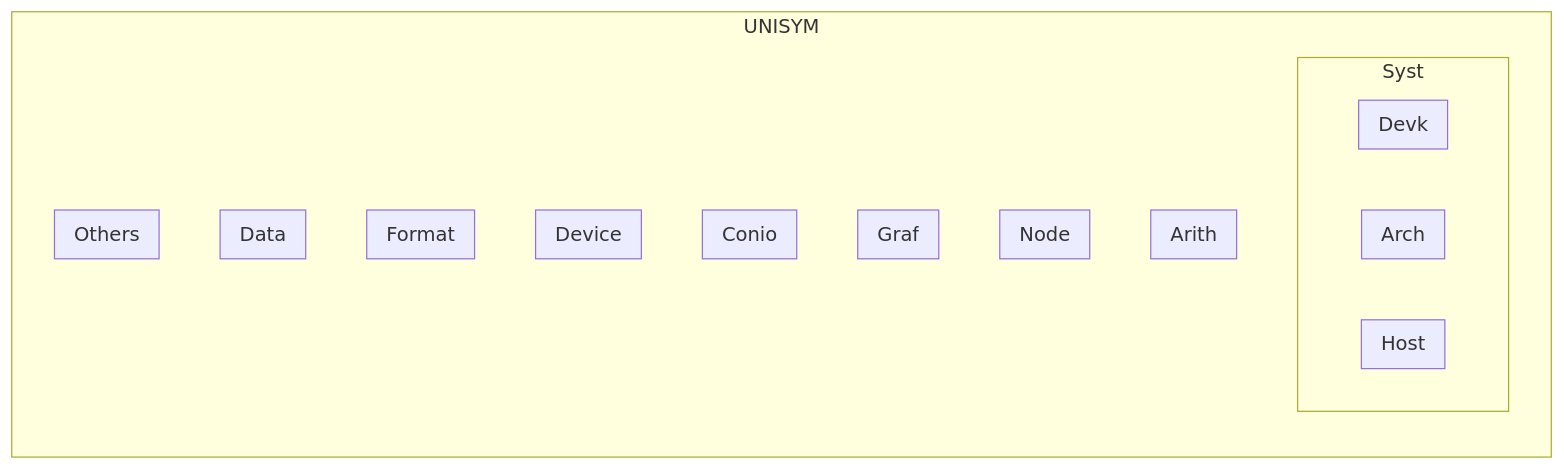
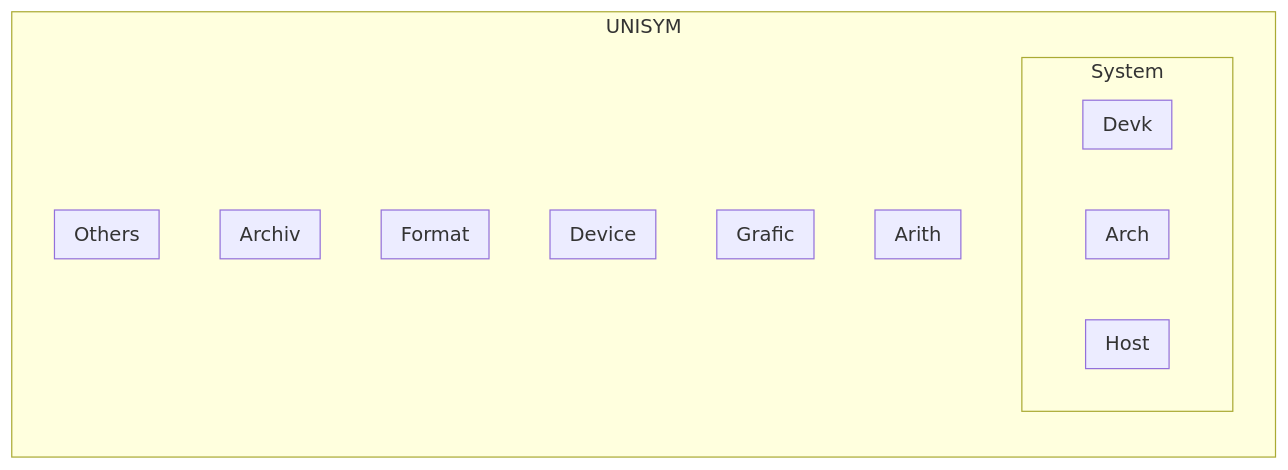
Before and after one commit to ArinaMgk/unisym: the diagram in doc/www.unisym.org/en/2-Modules.md, drawn with Mermaid. The commit also changed other lines of this file and 37 other files, not shown here.

````diff
--- a/doc/www.unisym.org/en/2-Modules.md
+++ b/doc/www.unisym.org/en/2-Modules.md
@@ -8,29 +8,25 @@
 ```mermaid
 graph LR
 subgraph UNISYM
-	subgraph Syst
+	subgraph System
 		subgraph Host
 		end
 		subgraph Arch
 		end
 		subgraph Devk
 		end
 	end
 	subgraph Arith
 	end
-	subgraph Node
-	end
-	subgraph Graf
-	end
-	subgraph Conio
+	subgraph Grafic
 	end
 	subgraph Device
 	end
 	subgraph Format
 	end
-	subgraph Data
+	subgraph Archiv
 	end
 	subgraph Others
 	end
 end
 ```
````
